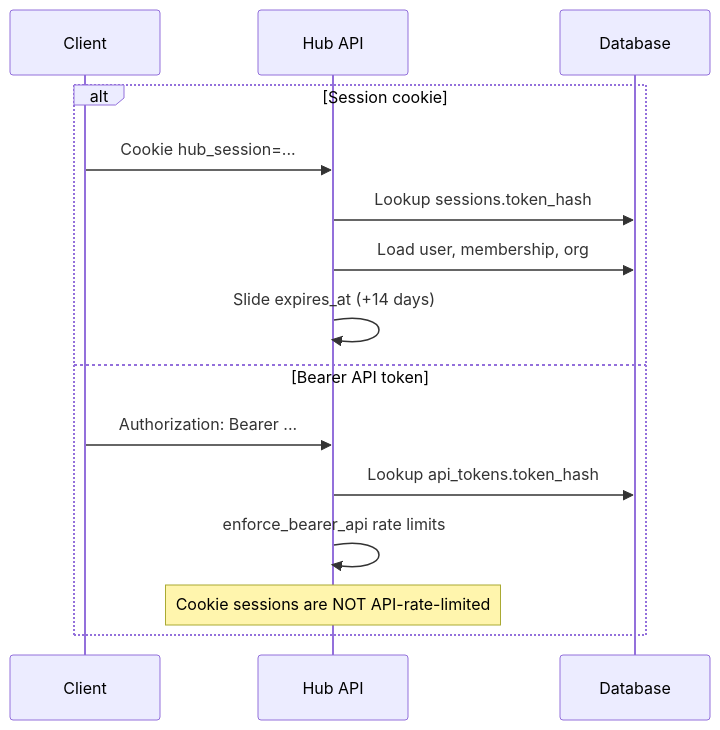
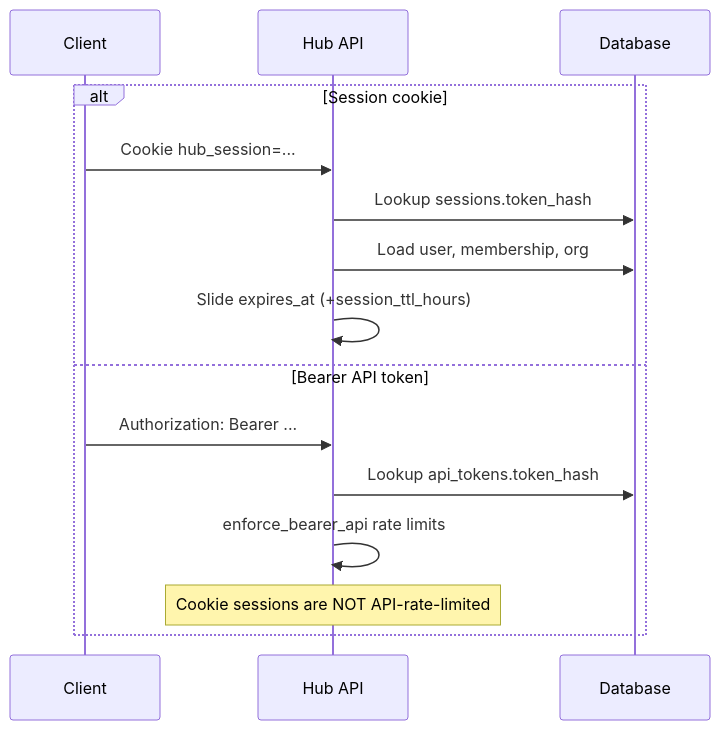
One commit to dude75/idigest-hub changed the first of 2 diagrams in docs/en/architecture/request-flow.md. Above: the diagram before and after it, drawn with Mermaid. The commit also changed other lines of this file and 18 other files, not shown here.

First line of the commit message:
Make session TTL configurable in instance settings with a 24h default.

````diff
--- a/docs/en/architecture/request-flow.md
+++ b/docs/en/architecture/request-flow.md
@@ -7,18 +7,18 @@
 ```mermaid
 sequenceDiagram
   participant C as Client
   participant H as Hub API
   participant DB as Database
 
   alt Session cookie
     C->>H: Cookie hub_session=...
     H->>DB: Lookup sessions.token_hash
     H->>DB: Load user, membership, org
-    H->>H: Slide expires_at (+14 days)
+    H->>H: Slide expires_at (+session_ttl_hours)
   else Bearer API token
     C->>H: Authorization: Bearer ...
     H->>DB: Lookup api_tokens.token_hash
     H->>H: enforce_bearer_api rate limits
     Note over H: Cookie sessions are NOT API-rate-limited
   end
 ```
````
